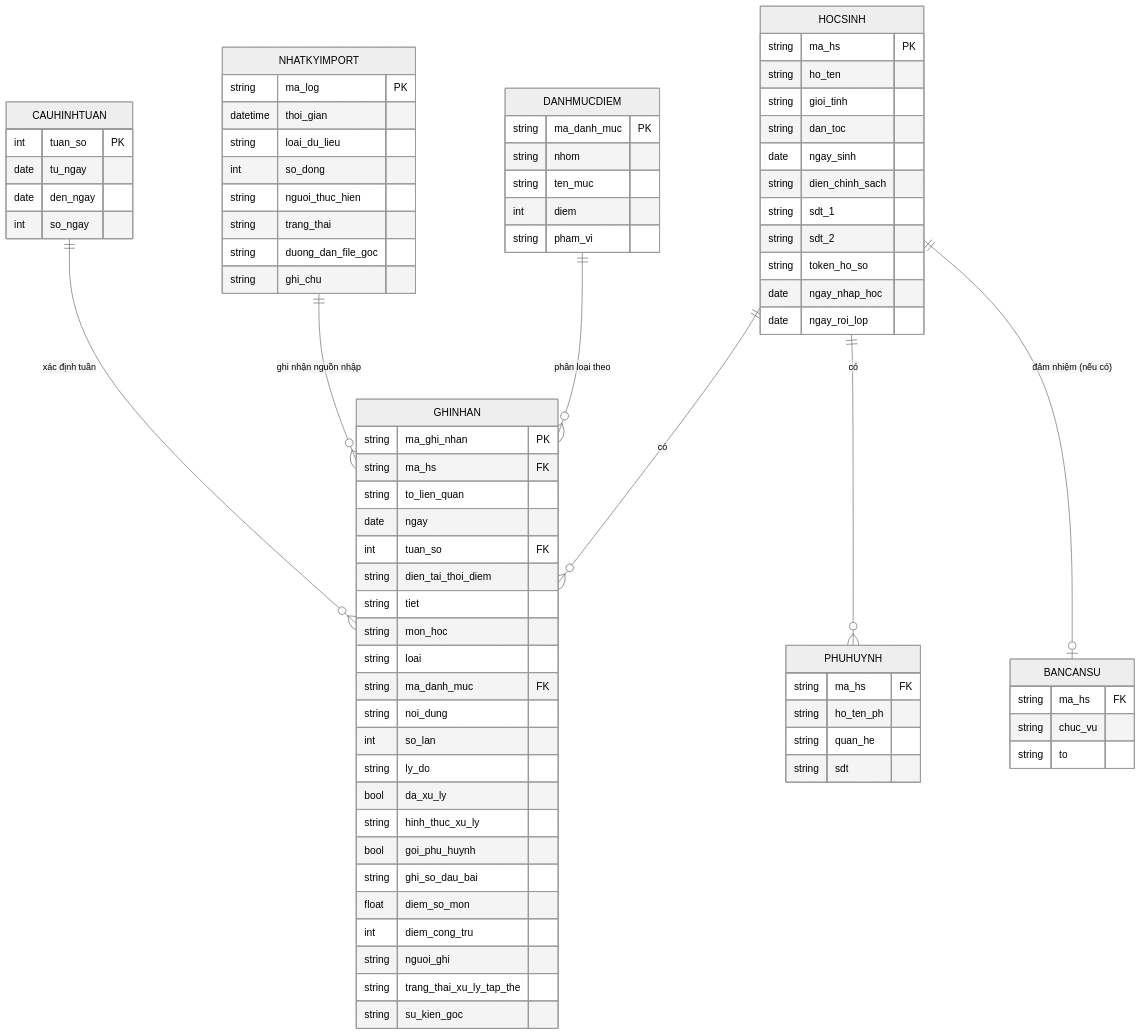
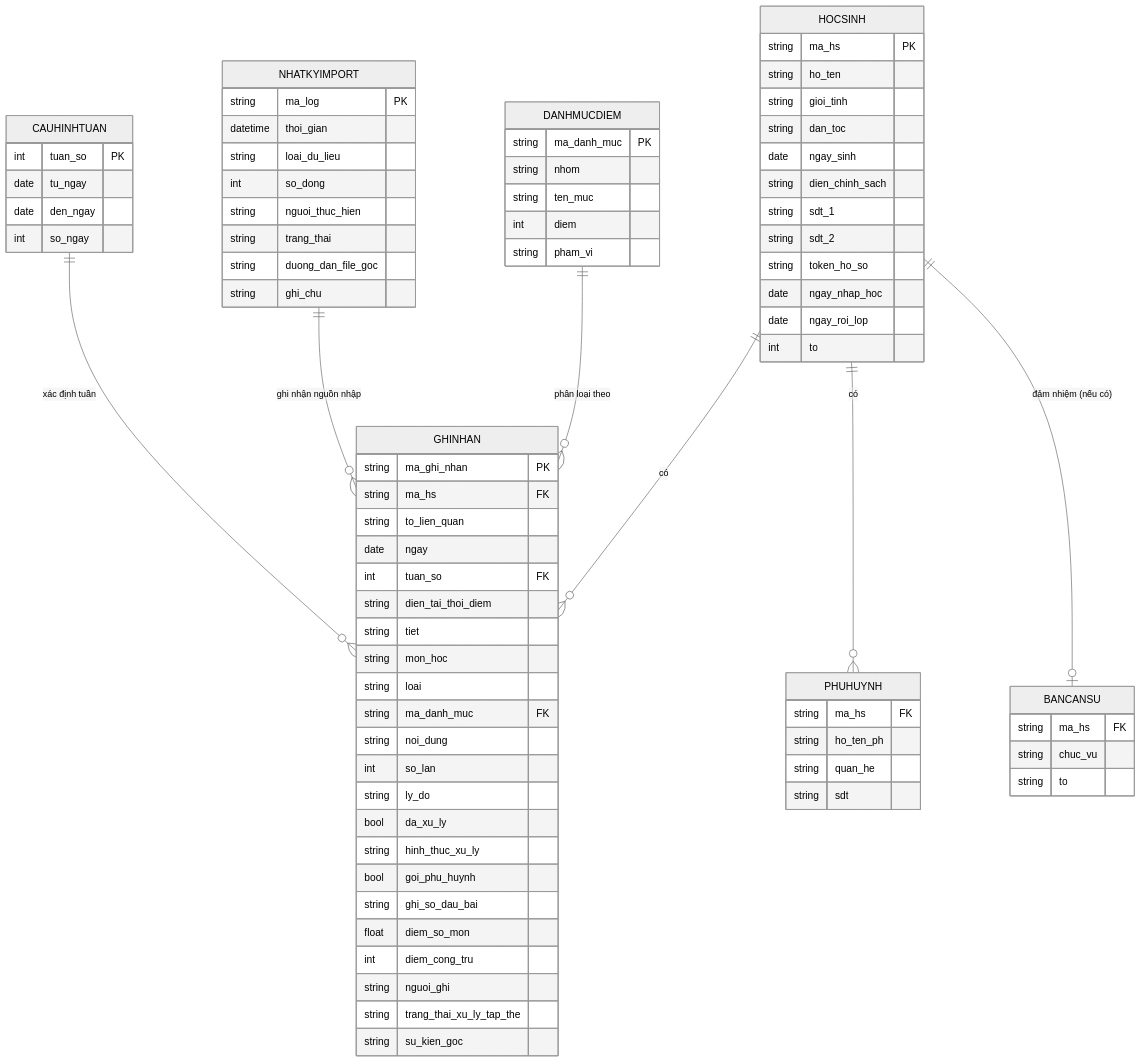
One commit to teacherduytan/qlhs changed the diagram in docs/02-mo-hinh-du-lieu.md. Above: the diagram before and after it, drawn with Mermaid (neutral theme). The commit also changed other lines of this file and 7 other files, not shown here.

````diff
--- a/docs/02-mo-hinh-du-lieu.md
+++ b/docs/02-mo-hinh-du-lieu.md
@@ -7,81 +7,82 @@
 ```mermaid
 erDiagram
     HOCSINH ||--o{ GHINHAN : "có"
     HOCSINH ||--o{ PHUHUYNH : "có"
     HOCSINH ||--o| BANCANSU : "đảm nhiệm (nếu có)"
     DANHMUCDIEM ||--o{ GHINHAN : "phân loại theo"
     NHATKYIMPORT ||--o{ GHINHAN : "ghi nhận nguồn nhập"
 
     HOCSINH {
         string ma_hs PK
         string ho_ten
         string gioi_tinh
         string dan_toc
         date ngay_sinh
         string dien_chinh_sach
         string sdt_1
         string sdt_2
         string token_ho_so
         date ngay_nhap_hoc
         date ngay_roi_lop
+        int to
     }
     PHUHUYNH {
         string ma_hs FK
         string ho_ten_ph
         string quan_he
         string sdt
     }
     BANCANSU {
         string ma_hs FK
         string chuc_vu
         string to
     }
     GHINHAN {
         string ma_ghi_nhan PK
         string ma_hs FK
         string to_lien_quan
         date ngay
         int tuan_so FK
         string dien_tai_thoi_diem
         string tiet
         string mon_hoc
         string loai
         string ma_danh_muc FK
         string noi_dung
         int so_lan
         string ly_do
         bool da_xu_ly
         string hinh_thuc_xu_ly
         bool goi_phu_huynh
         string ghi_so_dau_bai
         float diem_so_mon
         int diem_cong_tru
         string nguoi_ghi
         string trang_thai_xu_ly_tap_the
         string su_kien_goc
     }
     CAUHINHTUAN {
         int tuan_so PK
         date tu_ngay
         date den_ngay
         int so_ngay
     }
     CAUHINHTUAN ||--o{ GHINHAN : "xác định tuần"
     DANHMUCDIEM {
         string ma_danh_muc PK
         string nhom
         string ten_muc
         int diem
         string pham_vi
     }
     NHATKYIMPORT {
         string ma_log PK
         datetime thoi_gian
         string loai_du_lieu
         int so_dong
         string nguoi_thuc_hien
         string trang_thai
         string duong_dan_file_goc
         string ghi_chu
     }
 ```
````
